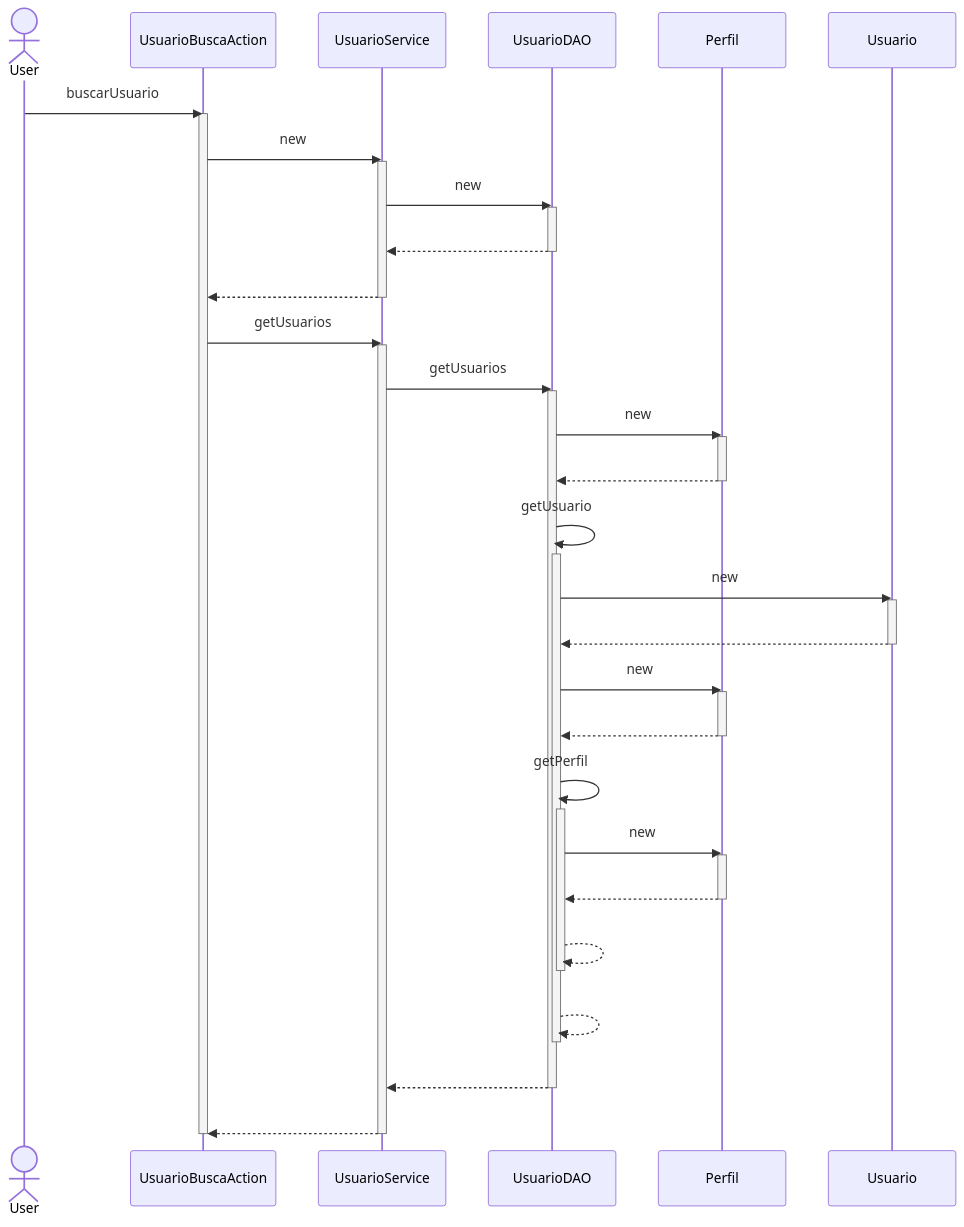
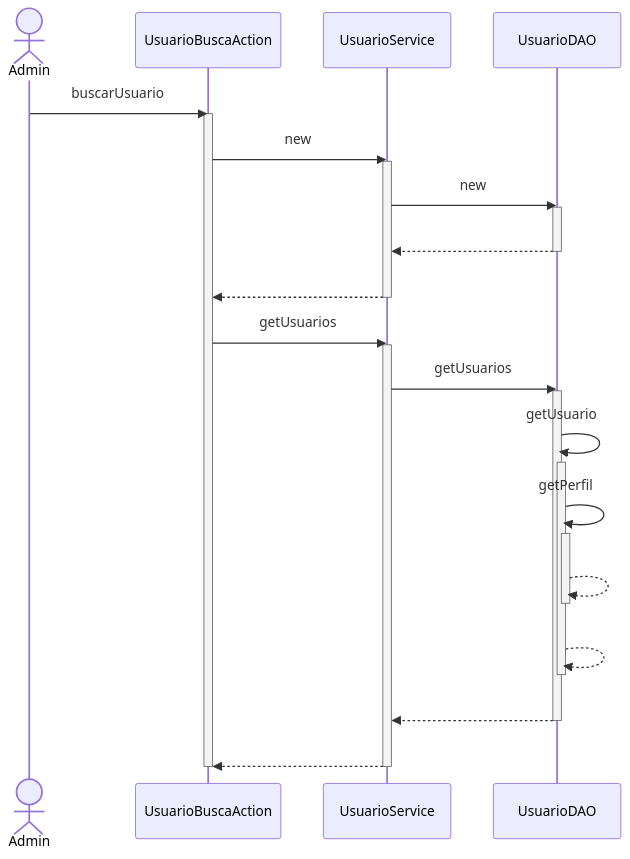
One commit to branqsMRP/SequenceDiagram changed the diagram in DiagramaSequencia/Novo Diagrama Sequencia/Usuario/Buscar Usuario.mmd. Above: the diagram before and after it, drawn with Mermaid. The commit also changed 3 other files, not shown here.

```diff
--- a/DiagramaSequencia/Novo Diagrama Sequencia/Usuario/Buscar Usuario.mmd
+++ b/DiagramaSequencia/Novo Diagrama Sequencia/Usuario/Buscar Usuario.mmd
@@ -1,45 +1,29 @@
 sequenceDiagram
-actor User
-User ->> UsuarioBuscaAction : buscarUsuario
+actor A as Admin
+A ->> UsuarioBuscaAction : buscarUsuario
 activate UsuarioBuscaAction
 UsuarioBuscaAction ->> UsuarioService : new
 activate UsuarioService
 UsuarioService ->> UsuarioDAO : new
 activate UsuarioDAO
 UsuarioDAO -->> UsuarioService : #32; 
 deactivate UsuarioDAO
 UsuarioService -->> UsuarioBuscaAction : #32; 
 deactivate UsuarioService
 UsuarioBuscaAction ->> UsuarioService : getUsuarios
 activate UsuarioService
 UsuarioService ->> UsuarioDAO : getUsuarios
 activate UsuarioDAO
-UsuarioDAO ->> Perfil : new
-activate Perfil
-Perfil -->> UsuarioDAO : #32; 
-deactivate Perfil
 UsuarioDAO ->> UsuarioDAO : getUsuario
 activate UsuarioDAO
-UsuarioDAO ->> Usuario : new
-activate Usuario
-Usuario -->> UsuarioDAO : #32; 
-deactivate Usuario
-UsuarioDAO ->> Perfil : new
-activate Perfil
-Perfil -->> UsuarioDAO : #32; 
-deactivate Perfil
 UsuarioDAO ->> UsuarioDAO : getPerfil
 activate UsuarioDAO
-UsuarioDAO ->> Perfil : new
-activate Perfil
-Perfil -->> UsuarioDAO : #32; 
-deactivate Perfil
 UsuarioDAO -->> UsuarioDAO : #32; 
 deactivate UsuarioDAO
 UsuarioDAO -->> UsuarioDAO : #32; 
 deactivate UsuarioDAO
 UsuarioDAO -->> UsuarioService : #32; 
 deactivate UsuarioDAO
 UsuarioService -->> UsuarioBuscaAction : #32; 
 deactivate UsuarioService
 deactivate UsuarioBuscaAction
```
